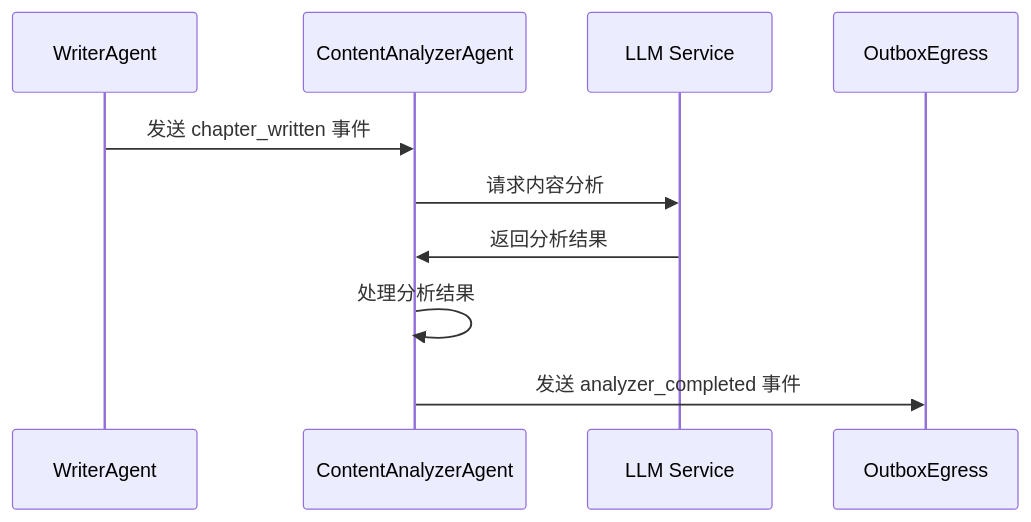
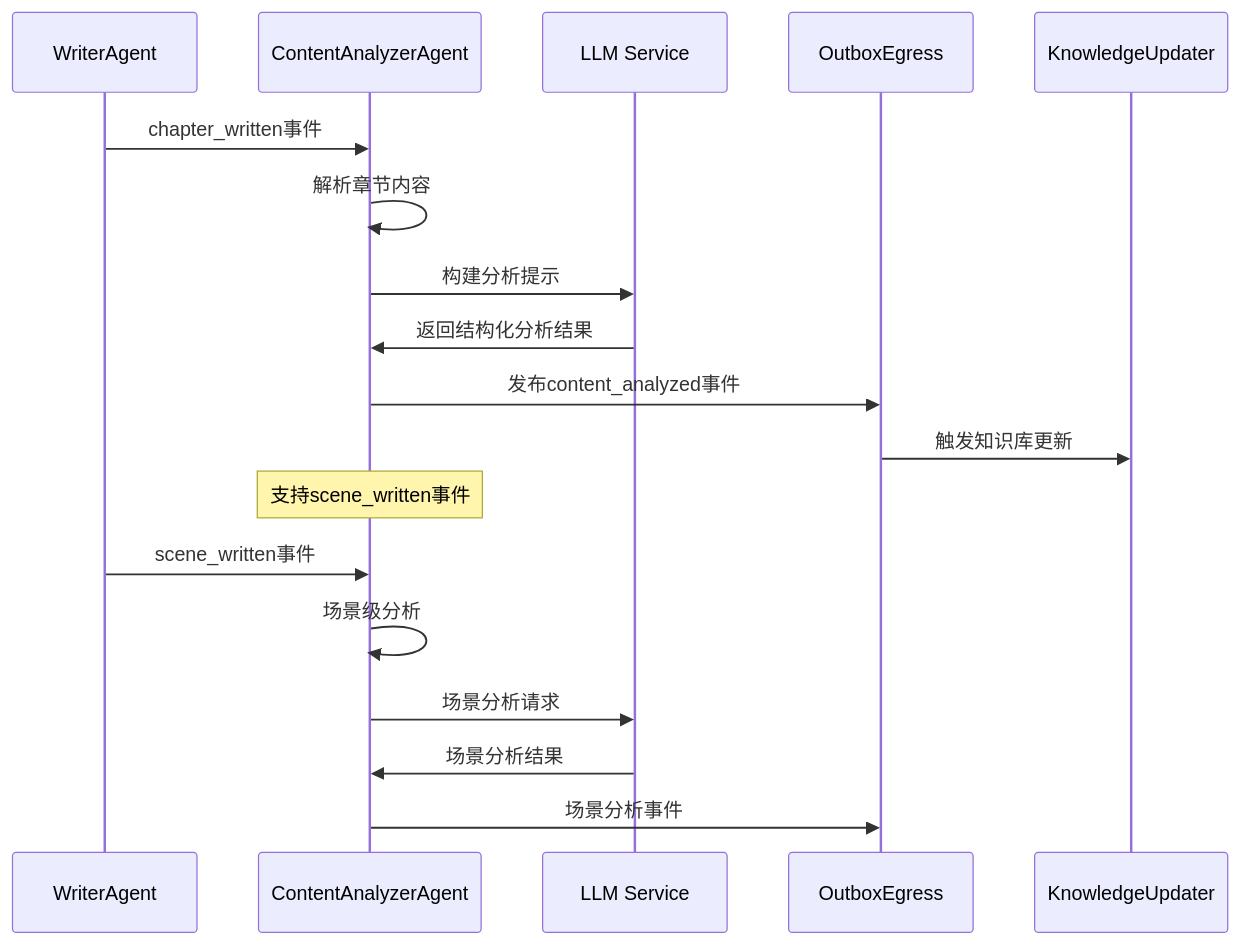
The second of 5 diagrams in apps/backend/src/agents/content_analyzer/README.md (zhiyue/infinite-scribe), drawn with Mermaid before and after one commit. The commit also changed other lines of this file and 3 other files, not shown here.

````diff
--- a/apps/backend/src/agents/content_analyzer/README.md
+++ b/apps/backend/src/agents/content_analyzer/README.md
@@ -54,13 +58,22 @@
 ```mermaid
 sequenceDiagram
     participant W as WriterAgent
     participant C as ContentAnalyzerAgent
     participant L as LLM Service
-    participant O as OutboxEgress
+    participant E as OutboxEgress
+    participant K as KnowledgeUpdater
     
-    W->>C: 发送 chapter_written 事件
-    C->>L: 请求内容分析
-    L->>C: 返回分析结果
-    C->>C: 处理分析结果
-    C->>O: 发送 analyzer_completed 事件
+    W->>C: chapter_written事件
+    C->>C: 解析章节内容
+    C->>L: 构建分析提示
+    L->>C: 返回结构化分析结果
+    C->>E: 发布content_analyzed事件
+    E->>K: 触发知识库更新
+    
+    Note over C: 支持scene_written事件
+    W->>C: scene_written事件
+    C->>C: 场景级分析
+    C->>L: 场景分析请求
+    L->>C: 场景分析结果
+    C->>E: 场景分析事件
 ```
````
